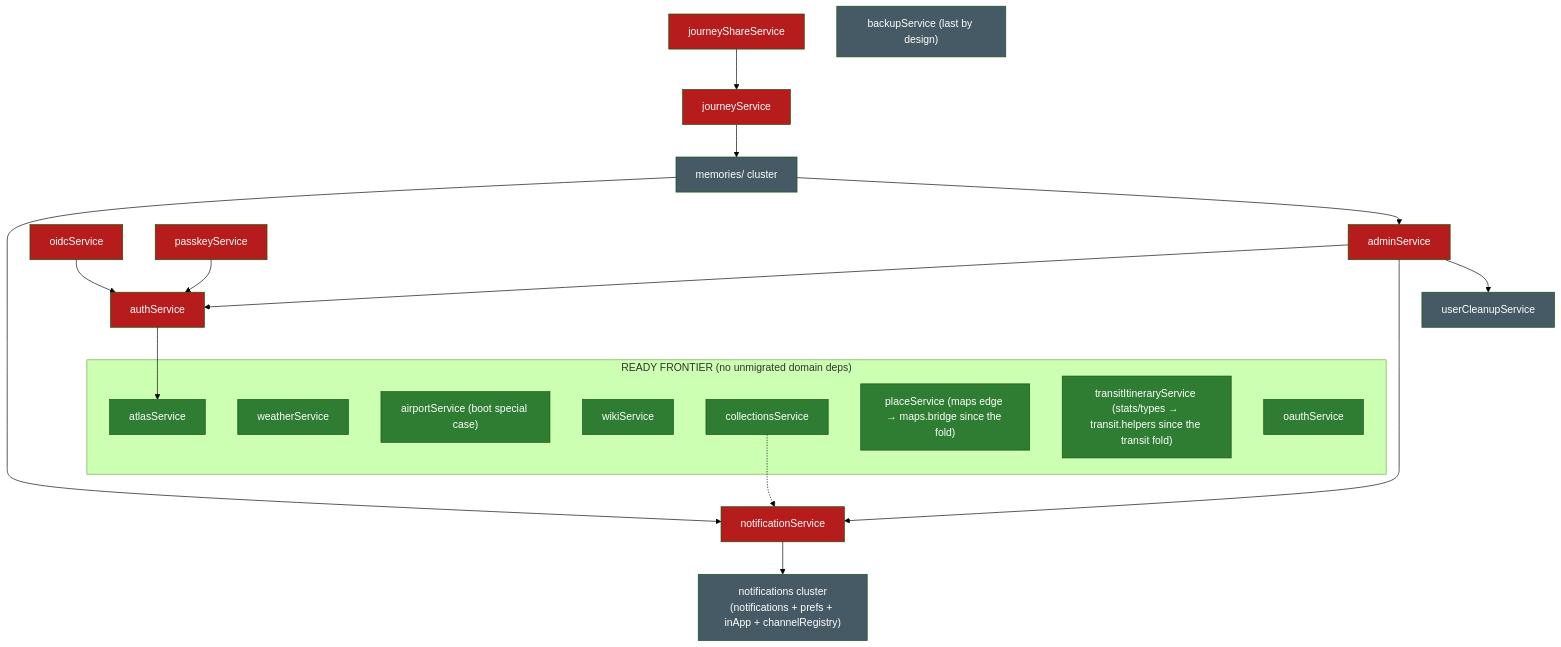
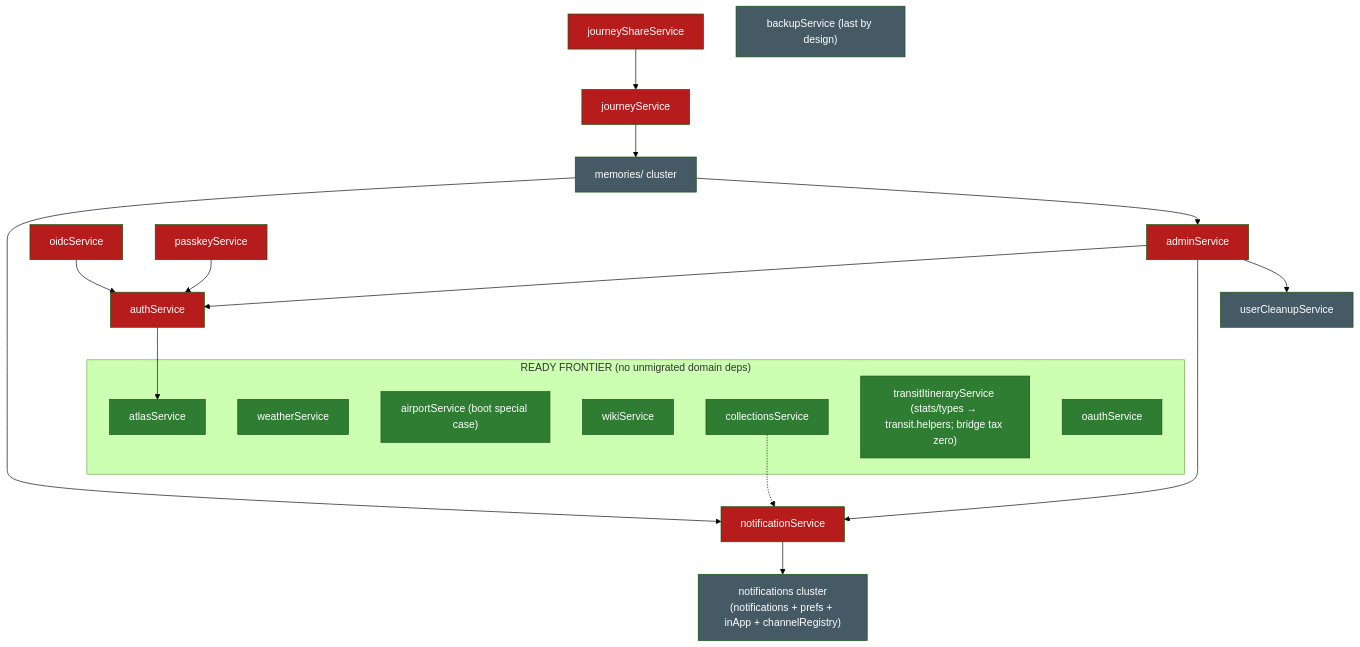
One commit to BeInLife/TREK changed the diagram in migration-graph.md. Above: the diagram before and after it, drawn with Mermaid (forest theme). The commit also changed other lines of this file and 46 other files, not shown here.

````diff
--- a/migration-graph.md
+++ b/migration-graph.md
@@ -112,40 +133,39 @@
 ```mermaid
 flowchart TD
   classDef ready fill:#2e7d32,color:#fff
   classDef blocked fill:#b71c1c,color:#fff
   classDef hub fill:#e65100,color:#fff
   classDef infra fill:#455a64,color:#fff
 
   subgraph frontier["READY FRONTIER (no unmigrated domain deps)"]
     atlas[atlasService]:::ready
     weather[weatherService]:::ready
     airport["airportService (boot special case)"]:::ready
     wiki[wikiService]:::ready
     collections[collectionsService]:::ready
-    place["placeService (maps edge → maps.bridge since the fold)"]:::ready
-    transitItin["transitItineraryService (stats/types → transit.helpers since the transit fold)"]:::ready
+    transitItin["transitItineraryService (stats/types → transit.helpers; bridge tax zero)"]:::ready
     oauth[oauthService]:::ready
   end
 
   notifSvc[notificationService]:::blocked
   admin[adminService]:::blocked
   auth[authService]:::blocked
   oidc[oidcService]:::blocked
   passkey[passkeyService]:::blocked
   journey[journeyService]:::blocked
   journeyShare[journeyShareService]:::blocked
   backup["backupService (last by design)"]:::infra
   notifCluster["notifications cluster<br/>(notifications + prefs + inApp + channelRegistry)"]:::infra
   memories["memories/ cluster"]:::infra
   cleanup[userCleanupService]:::infra
 
   collections -.-> notifSvc
   notifSvc --> notifCluster
   admin --> auth & notifSvc & cleanup
   auth --> atlas
   oidc --> auth
   passkey --> auth
   journey --> memories
   journeyShare --> journey
   memories --> notifSvc & admin
 ```
````
